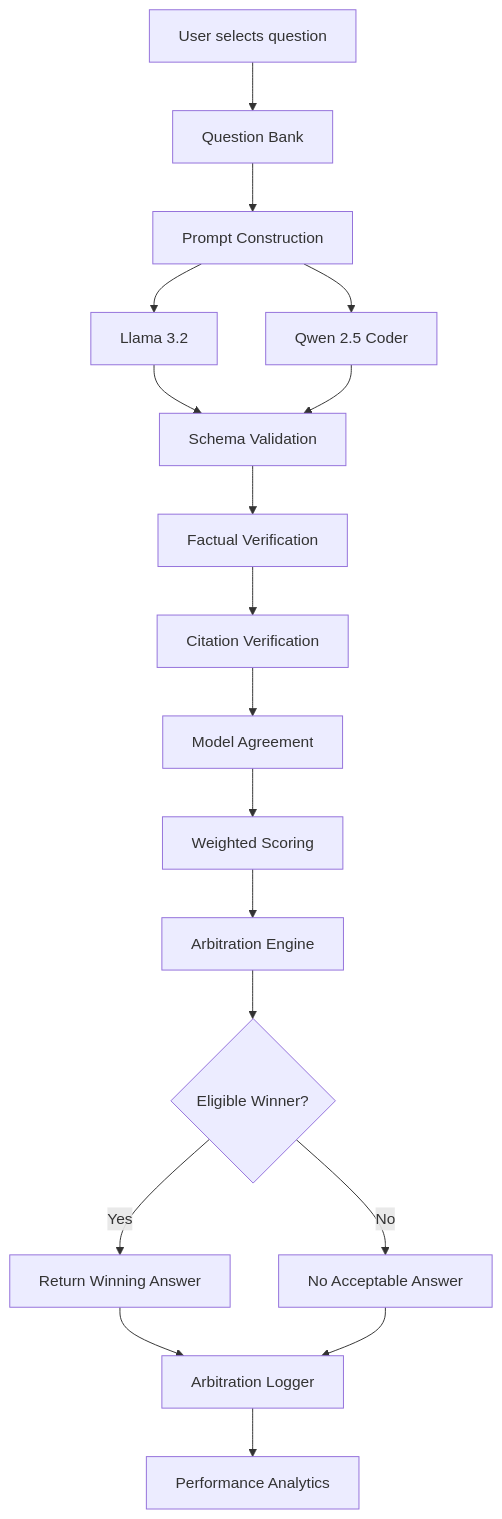
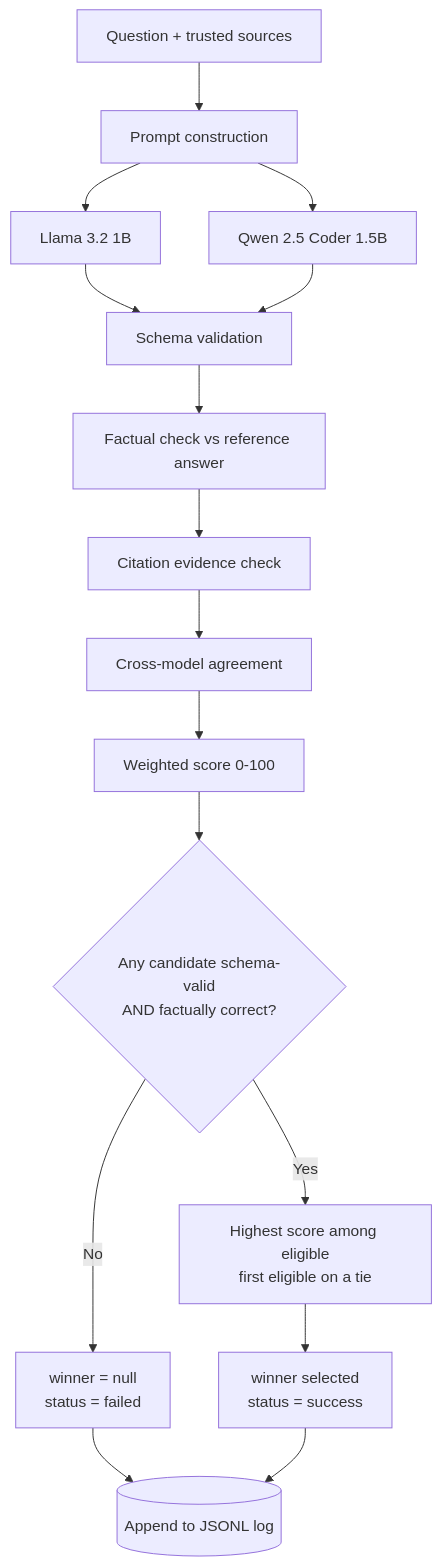
Before and after one commit to nicojoy-gif/llm-output-arbitration: the second of 2 diagrams in README.md, drawn with Mermaid. The commit also changed other lines of this file and 83 other files, not shown here.

````diff
--- a/README.md
+++ b/README.md
@@ -48,20 +125,18 @@
 ```mermaid
 flowchart TD
-    A[User selects question] --> B[Question Bank]
-    B --> C[Prompt Construction]
-    C --> D[Llama 3.2]
-    C --> E[Qwen 2.5 Coder]
-    D --> F[Schema Validation]
-    E --> F
-    F --> G[Factual Verification]
-    G --> H[Citation Verification]
-    H --> I[Model Agreement]
-    I --> J[Weighted Scoring]
-    J --> K[Arbitration Engine]
-    K --> L{Eligible Winner?}
-    L -->|Yes| M[Return Winning Answer]
-    L -->|No| N[No Acceptable Answer]
-    M --> O[Arbitration Logger]
-    N --> O
-    O --> P[Performance Analytics]
+    Q[Question + trusted sources] --> P[Prompt construction]
+    P --> L[Llama 3.2 1B]
+    P --> W[Qwen 2.5 Coder 1.5B]
+    L --> V[Schema validation]
+    W --> V
+    V --> F[Factual check vs reference answer]
+    F --> E[Citation evidence check]
+    E --> A[Cross-model agreement]
+    A --> S[Weighted score 0-100]
+    S --> G{Any candidate schema-valid<br/>AND factually correct?}
+    G -- No --> N["winner = null<br/>status = failed"]
+    G -- Yes --> H[Highest score among eligible<br/>first eligible on a tie]
+    H --> R["winner selected<br/>status = success"]
+    N --> J[(Append to JSONL log)]
+    R --> J
 ```
````
